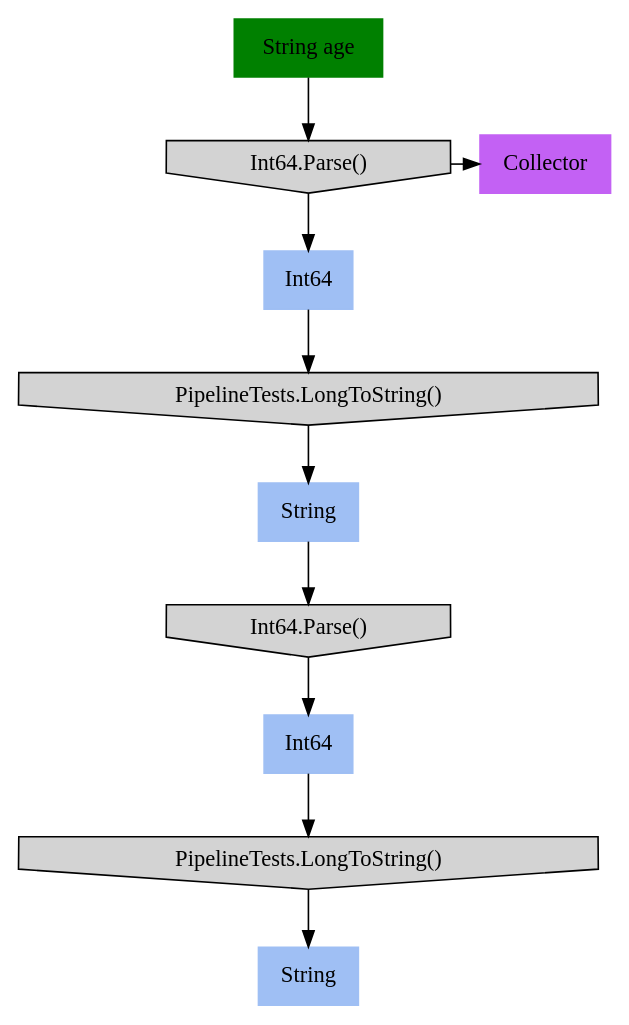
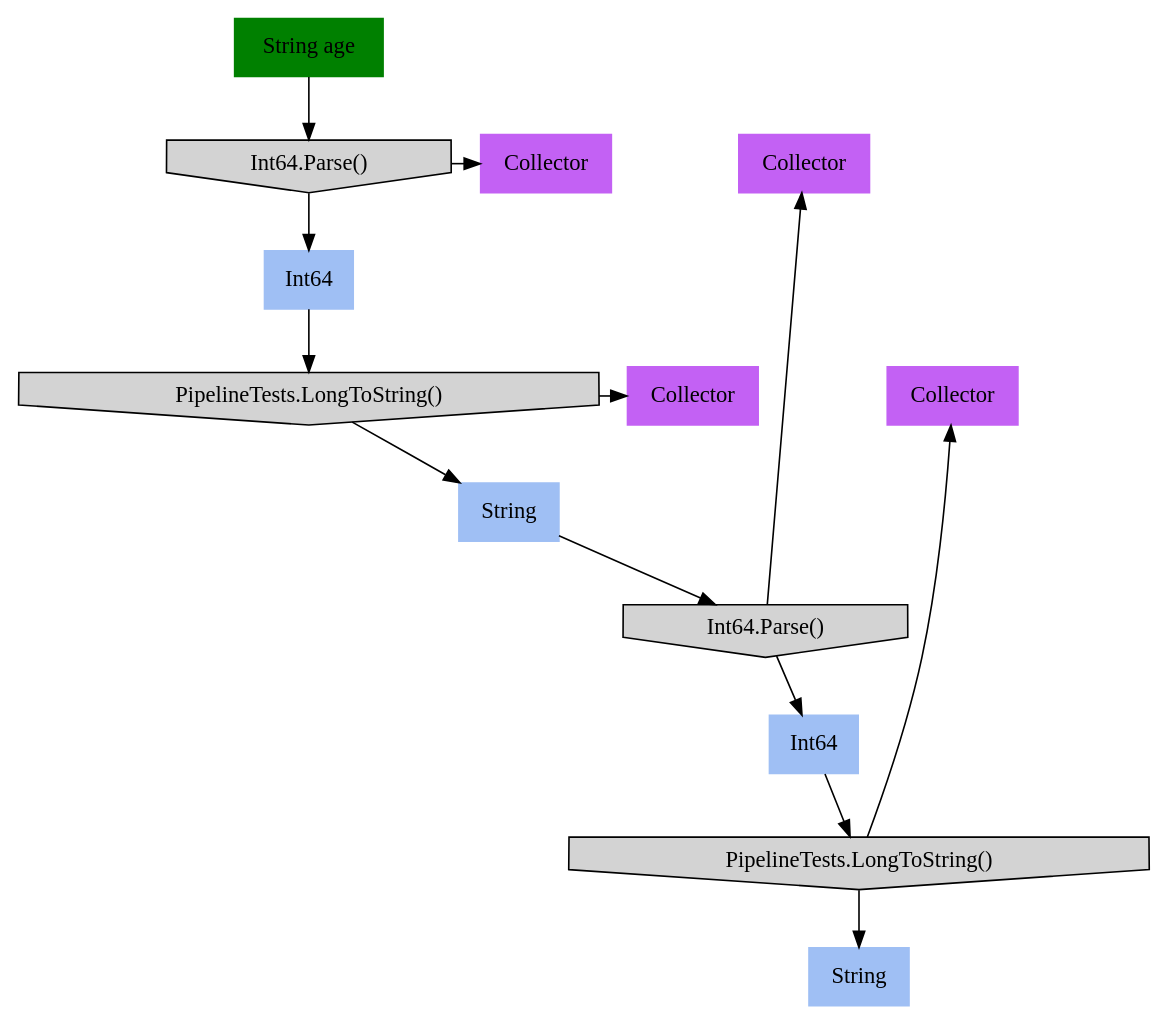
The diagram in Pipelines.Test/PipelineTests.ConnectedPipelinesTest.approved.dot (refactoring-pipelines/Pipelines), drawn with Graphviz before and after one commit. The commit also changed 5 other files, not shown here.

```diff
--- a/Pipelines.Test/PipelineTests.ConnectedPipelinesTest.approved.dot
+++ b/Pipelines.Test/PipelineTests.ConnectedPipelinesTest.approved.dot
@@ -1,25 +1,31 @@
 digraph G { node [style=filled, shape=rec]
 
 # Nodes
 "String age" -> "Int64.Parse()" -> {"Int64", "Collector"}
-"Int64" -> "PipelineTests.LongToString()" -> "String"
-"String" -> "Int64.Parse() 1" -> "Int64 1"
-"Int64 1" -> "PipelineTests.LongToString() 1" -> "String 1"
+"Int64" -> "PipelineTests.LongToString()" -> {"String", "Collector 1"}
+"String" -> "Int64.Parse() 1" -> {"Int64 1", "Collector 2"}
+"Int64 1" -> "PipelineTests.LongToString() 1" -> {"String 1", "Collector 3"}
 
 
 # Formatting
 "String age" [color=green]
 "Int64" [color="#9fbff4"]
 "Int64.Parse()" [shape=invhouse]
 "Collector" [color = "#c361f4"]
 "String" [color="#9fbff4"]
 "PipelineTests.LongToString()" [shape=invhouse]
+"Collector 1" [label=Collector, color = "#c361f4"]
 "Int64 1" [label="Int64", color="#9fbff4"]
 "Int64.Parse() 1" [label="Int64.Parse()", shape=invhouse]
+"Collector 2" [label=Collector, color = "#c361f4"]
 "String 1" [label="String", color="#9fbff4"]
 "PipelineTests.LongToString() 1" [label="PipelineTests.LongToString()", shape=invhouse]
+"Collector 3" [label=Collector, color = "#c361f4"]
 
 { rank=same; "Int64.Parse()", "Collector"}
+{ rank=same; "PipelineTests.LongToString()", "Collector 1"}
+{ rank=same; "Int64.Parse()", "Collector 2"}
+{ rank=same; "PipelineTests.LongToString()", "Collector 3"}
 
 
 }
```
